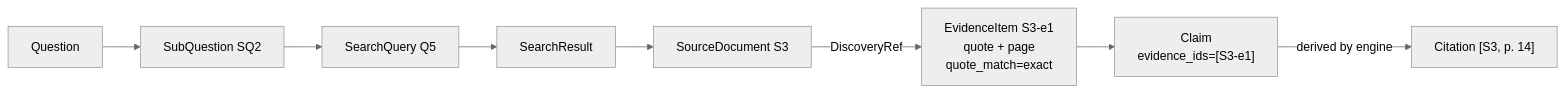
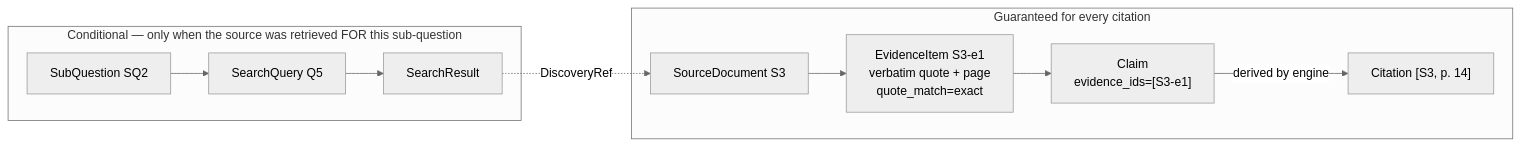
One commit to NirmalKumar31/agentic-research-engine changed the second of 3 diagrams in README.md. Above: the diagram before and after it, drawn with Mermaid (neutral theme). The commit also changed other lines of this file and 3 other files, not shown here.

````diff
--- a/README.md
+++ b/README.md
@@ -108,10 +110,13 @@
 ```mermaid
 graph LR
-    Q[Question] --> SQ[SubQuestion SQ2]
-    SQ --> SE[SearchQuery Q5]
-    SE --> SR[SearchResult]
-    SR --> SD[SourceDocument S3]
-    SD -- DiscoveryRef --> EV["EvidenceItem S3-e1<br/>quote + page<br/>quote_match=exact"]
-    EV --> CL["Claim<br/>evidence_ids=[S3-e1]"]
-    CL -- derived by engine --> CI["Citation [S3, p. 14]"]
+    subgraph conditional["Conditional — only when the source was retrieved FOR this sub-question"]
+        SQ[SubQuestion SQ2] --> SE[SearchQuery Q5]
+        SE --> SR[SearchResult]
+    end
+    subgraph guaranteed["Guaranteed for every citation"]
+        SD[SourceDocument S3] --> EV["EvidenceItem S3-e1<br/>verbatim quote + page<br/>quote_match=exact"]
+        EV --> CL["Claim<br/>evidence_ids=[S3-e1]"]
+        CL -- derived by engine --> CI["Citation [S3, p. 14]"]
+    end
+    SR -. DiscoveryRef .-> SD
 ```
````
